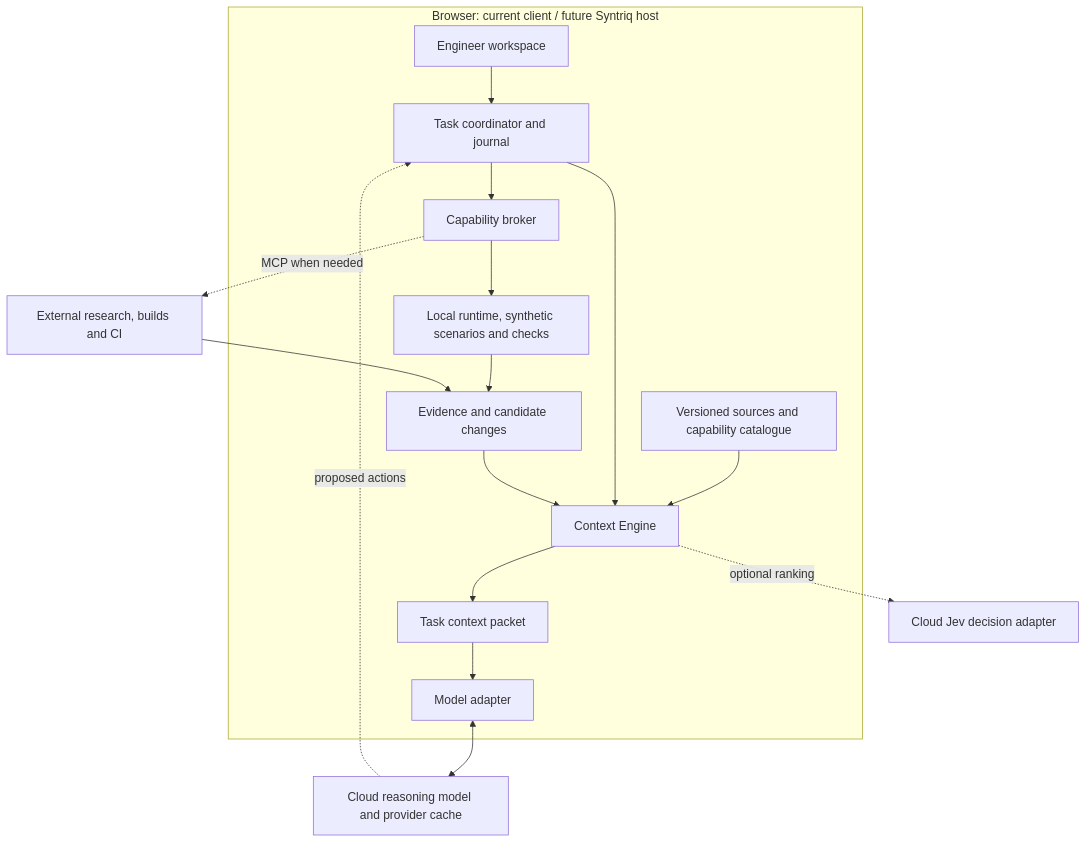
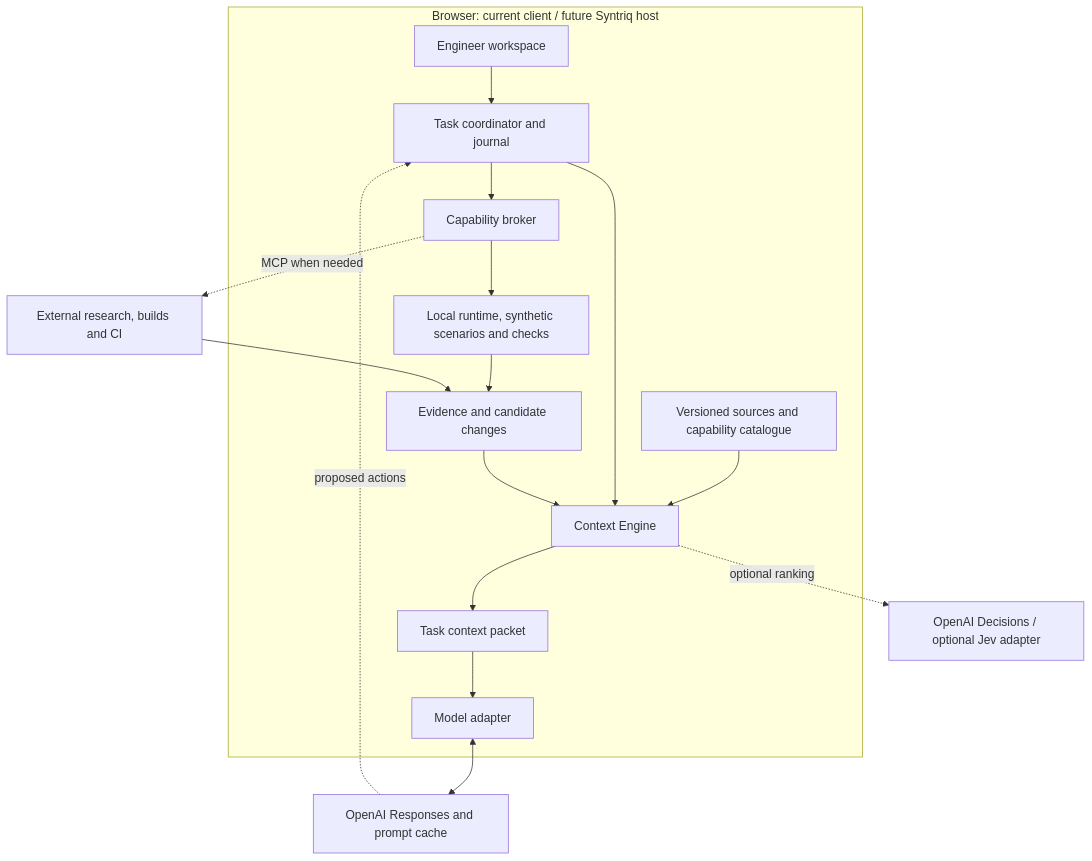
One commit to pli-poc/charge-weave changed the diagram in docs/ai-context-architecture.md. Above: the diagram before and after it, drawn with Mermaid. The commit also changed other lines of this file and 3 other files, not shown here.

````diff
--- a/docs/ai-context-architecture.md
+++ b/docs/ai-context-architecture.md
@@ -33,19 +35,19 @@
 ```mermaid
 flowchart TD
     subgraph Browser["Browser: current client / future Syntriq host"]
         U["Engineer workspace"] --> O["Task coordinator and journal"]
         S["Versioned sources and capability catalogue"] --> C["Context Engine"]
         O --> C
         C --> P["Task context packet"]
         P --> A["Model adapter"]
         O --> B["Capability broker"]
         B --> T["Local runtime, synthetic scenarios and checks"]
         T --> E["Evidence and candidate changes"]
         E --> C
     end
-    A <--> M["Cloud reasoning model and provider cache"]
-    C -. optional ranking .-> J["Cloud Jev decision adapter"]
+    A <--> M["OpenAI Responses and prompt cache"]
+    C -. optional ranking .-> J["OpenAI Decisions / optional Jev adapter"]
     B -. MCP when needed .-> X["External research, builds and CI"]
     X --> E
     M -. proposed actions .-> O
 ```
````
